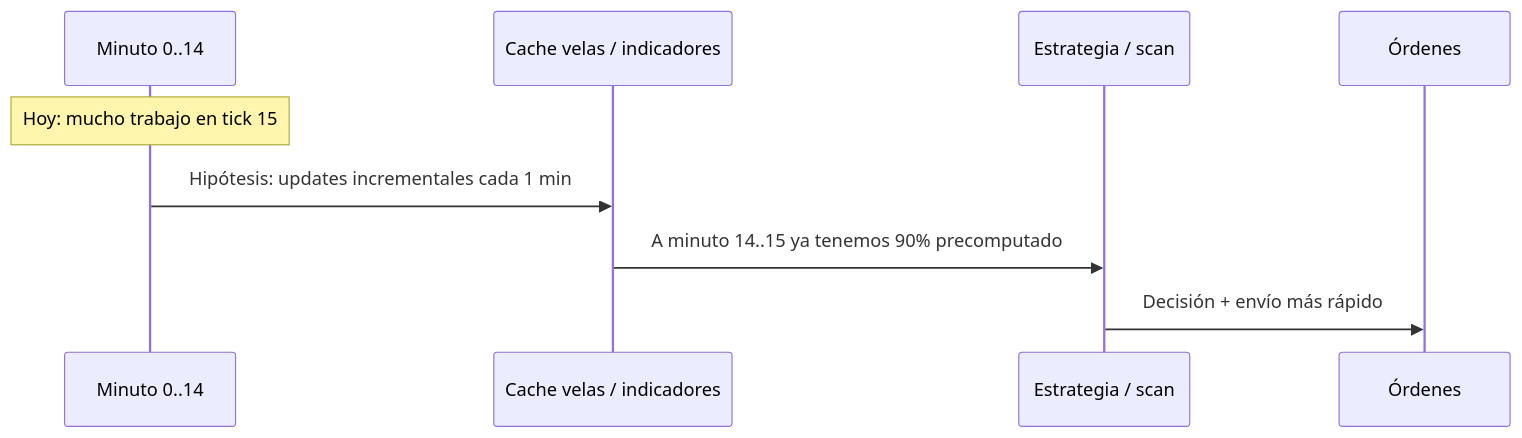
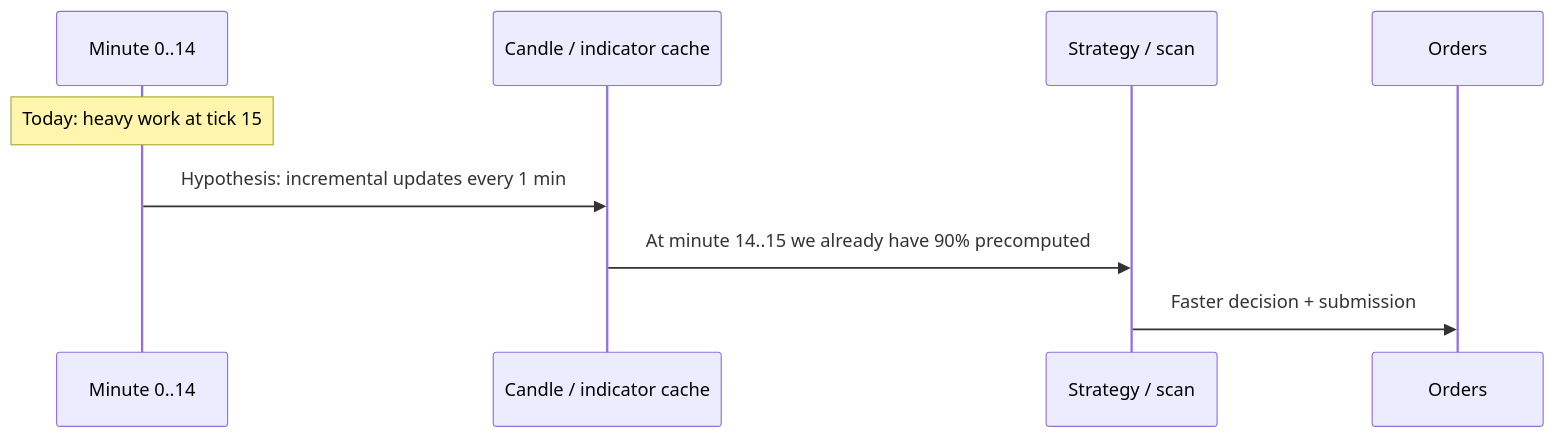
One commit to fgiaquintaruiz/options-quant changed the third of 3 diagrams in docs/LIVE-MODE-PRD.md. Above: the diagram before and after it, drawn with Mermaid. The commit also changed other lines of this file and 10 other files, not shown here.

````diff
--- a/docs/LIVE-MODE-PRD.md
+++ b/docs/LIVE-MODE-PRD.md
@@ -83,11 +83,11 @@
 ```mermaid
 sequenceDiagram
-  participant M as Minuto 0..14
-  participant C as Cache velas / indicadores
-  participant S as Estrategia / scan
-  participant O as Órdenes
-  Note over M: Hoy: mucho trabajo en tick 15
-  M->>C: Hipótesis: updates incrementales cada 1 min
-  C->>S: A minuto 14..15 ya tenemos 90% precomputado
-  S->>O: Decisión + envío más rápido
+  participant M as Minute 0..14
+  participant C as Candle / indicator cache
+  participant S as Strategy / scan
+  participant O as Orders
+  Note over M: Today: heavy work at tick 15
+  M->>C: Hypothesis: incremental updates every 1 min
+  C->>S: At minute 14..15 we already have 90% precomputed
+  S->>O: Faster decision + submission
 ```
````
